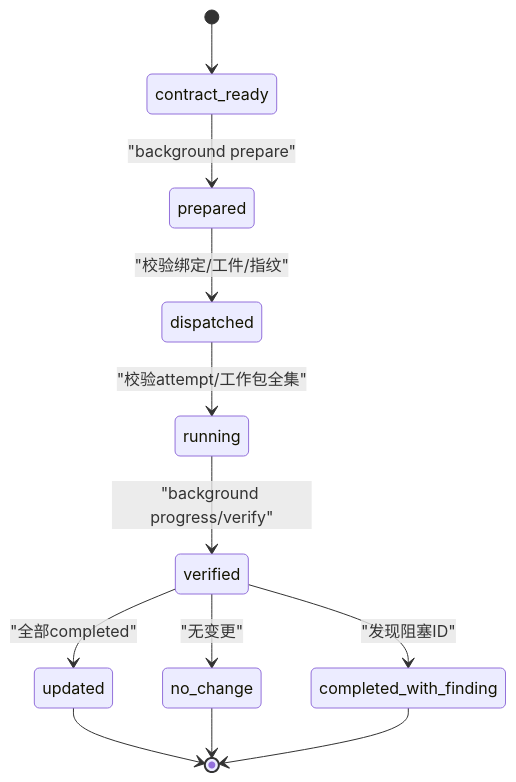
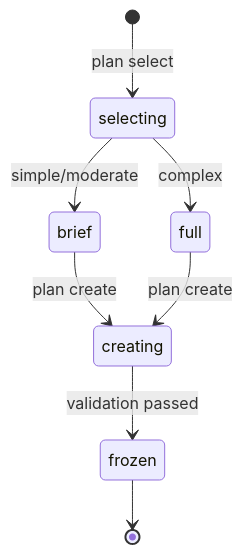
Before and after one commit to HackSing/docs-harness: the fourth of 6 diagrams in .qoder/repowiki/zh/content/项目概述.md, drawn with Mermaid. The commit also changed other lines of this file and 42 other files, not shown here.

````diff
--- a/.qoder/repowiki/zh/content/项目概述.md
+++ b/.qoder/repowiki/zh/content/项目概述.md
@@ -201,14 +148,10 @@
 ```mermaid
 stateDiagram-v2
-[*] --> contract_ready
-contract_ready --> prepared : "background prepare"
-prepared --> dispatched : "校验绑定/工件/指纹"
-dispatched --> running : "校验attempt/工作包全集"
-running --> verified : "background progress/verify"
-verified --> updated : "全部completed"
-verified --> no_change : "无变更"
-verified --> completed_with_finding : "发现阻塞ID"
-updated --> [*]
-no_change --> [*]
-completed_with_finding --> [*]
+[*] --> selecting : plan select
+selecting --> brief : simple/moderate
+selecting --> full : complex
+brief --> creating : plan create
+full --> creating : plan create
+creating --> frozen : validation passed
+frozen --> [*]
 ```
````
